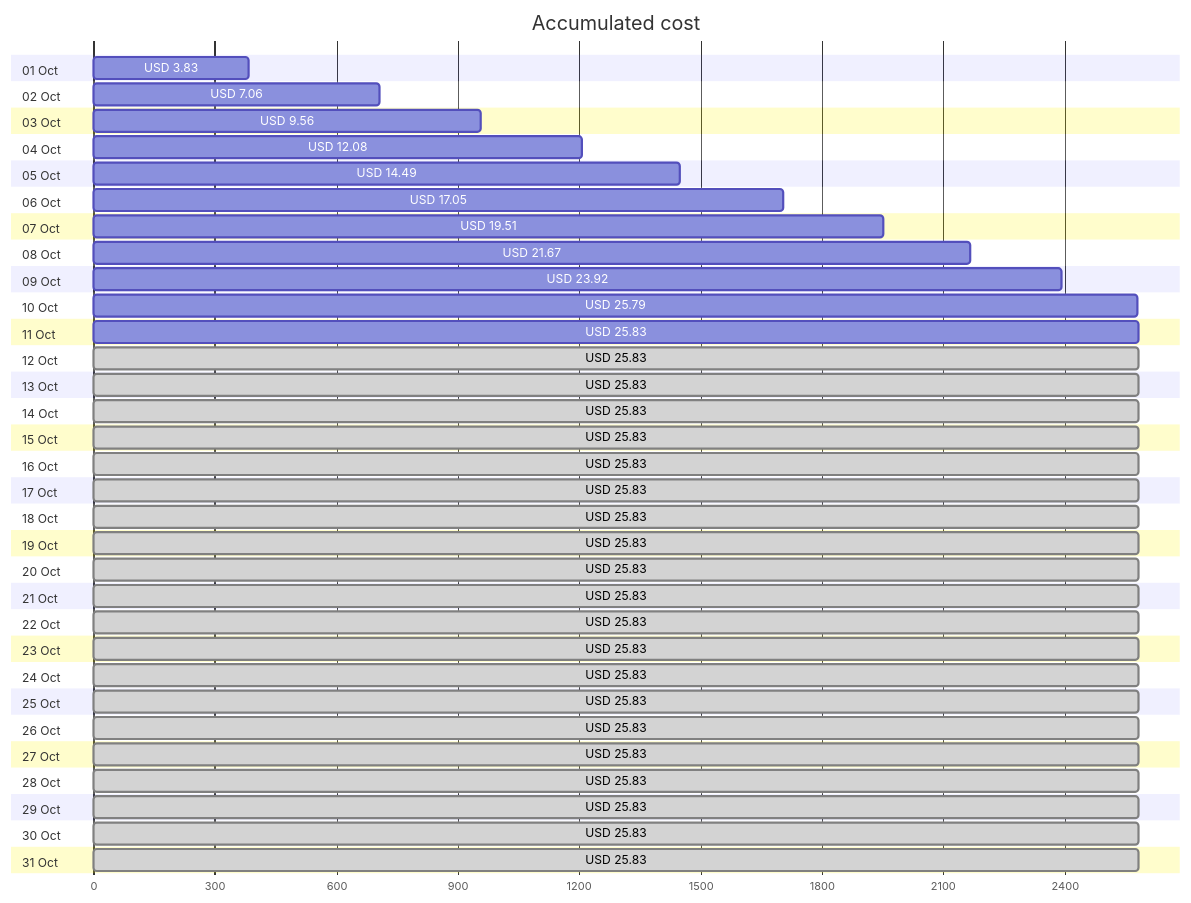
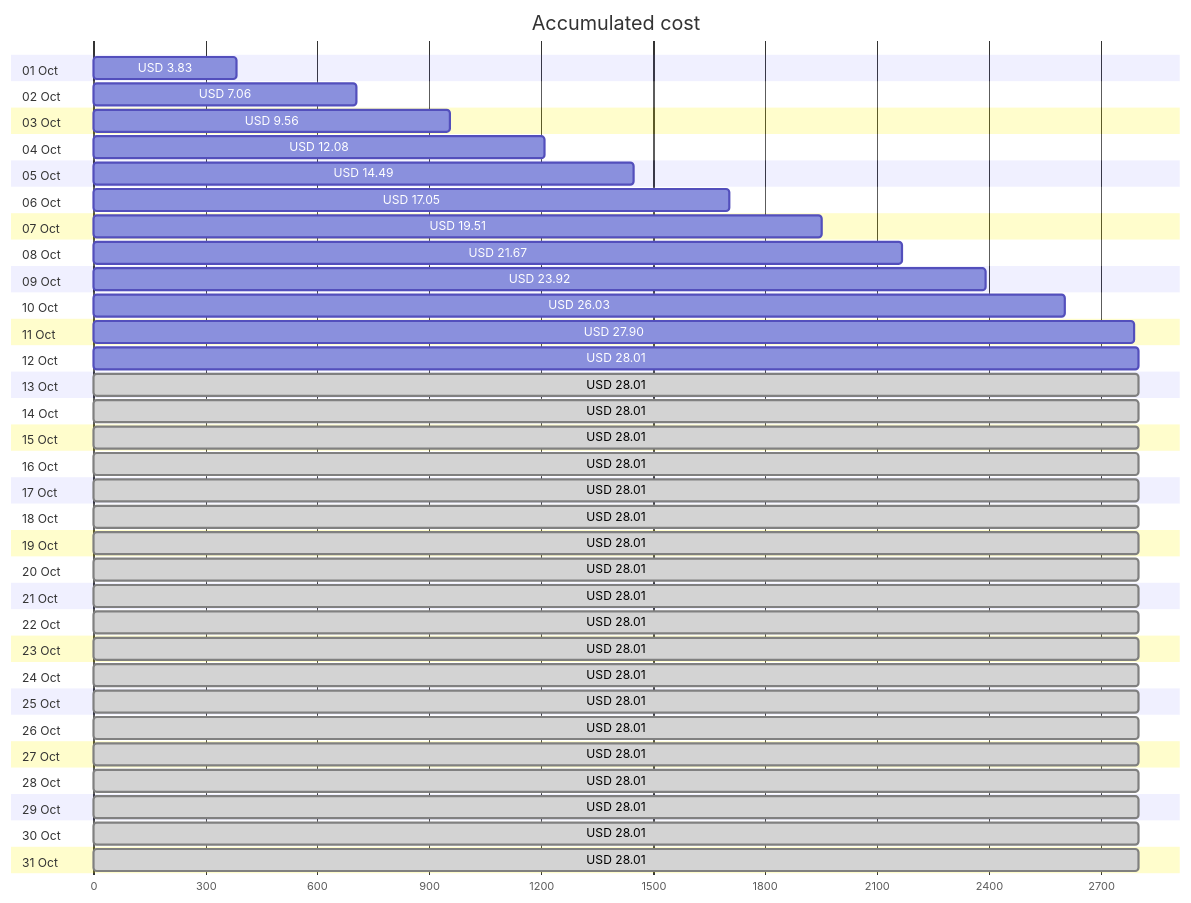
Before and after one commit to jpfulton/azure-personal-reports: the first of 4 diagrams in cost-reports/accumulated-cost.md, drawn with Mermaid. The commit also changed other lines of this file and 4 other files, not shown here.

````diff
--- a/cost-reports/accumulated-cost.md
+++ b/cost-reports/accumulated-cost.md
@@ -20,68 +20,68 @@
 ```mermaid
 gantt
    title Accumulated cost
    dateFormat  X
    axisFormat %s
    section 01 Oct
    USD 3.83 :0, 383
    section 02 Oct
    USD 7.06 :0, 706
    section 03 Oct
    USD 9.56 :0, 956
    section 04 Oct
    USD 12.08 :0, 1208
    section 05 Oct
    USD 14.49 :0, 1449
    section 06 Oct
    USD 17.05 :0, 1705
    section 07 Oct
    USD 19.51 :0, 1951
    section 08 Oct
    USD 21.67 :0, 2167
    section 09 Oct
    USD 23.92 :0, 2392
    section 10 Oct
-   USD 25.79 :0, 2579
+   USD 26.03 :0, 2603
    section 11 Oct
-   USD 25.83 :0, 2583
+   USD 27.90 :0, 2790
    section 12 Oct
-   USD 25.83 : done, 0, 2583
+   USD 28.01 :0, 2801
    section 13 Oct
-   USD 25.83 : done, 0, 2583
+   USD 28.01 : done, 0, 2801
    section 14 Oct
-   USD 25.83 : done, 0, 2583
+   USD 28.01 : done, 0, 2801
    section 15 Oct
-   USD 25.83 : done, 0, 2583
+   USD 28.01 : done, 0, 2801
    section 16 Oct
-   USD 25.83 : done, 0, 2583
+   USD 28.01 : done, 0, 2801
    section 17 Oct
-   USD 25.83 : done, 0, 2583
+   USD 28.01 : done, 0, 2801
    section 18 Oct
-   USD 25.83 : done, 0, 2583
+   USD 28.01 : done, 0, 2801
    section 19 Oct
-   USD 25.83 : done, 0, 2583
+   USD 28.01 : done, 0, 2801
    section 20 Oct
-   USD 25.83 : done, 0, 2583
+   USD 28.01 : done, 0, 2801
    section 21 Oct
-   USD 25.83 : done, 0, 2583
+   USD 28.01 : done, 0, 2801
    section 22 Oct
-   USD 25.83 : done, 0, 2583
+   USD 28.01 : done, 0, 2801
    section 23 Oct
-   USD 25.83 : done, 0, 2583
+   USD 28.01 : done, 0, 2801
    section 24 Oct
-   USD 25.83 : done, 0, 2583
+   USD 28.01 : done, 0, 2801
    section 25 Oct
-   USD 25.83 : done, 0, 2583
+   USD 28.01 : done, 0, 2801
    section 26 Oct
-   USD 25.83 : done, 0, 2583
+   USD 28.01 : done, 0, 2801
    section 27 Oct
-   USD 25.83 : done, 0, 2583
+   USD 28.01 : done, 0, 2801
    section 28 Oct
-   USD 25.83 : done, 0, 2583
+   USD 28.01 : done, 0, 2801
    section 29 Oct
-   USD 25.83 : done, 0, 2583
+   USD 28.01 : done, 0, 2801
    section 30 Oct
-   USD 25.83 : done, 0, 2583
+   USD 28.01 : done, 0, 2801
    section 31 Oct
-   USD 25.83 : done, 0, 2583
+   USD 28.01 : done, 0, 2801
 ```
````
